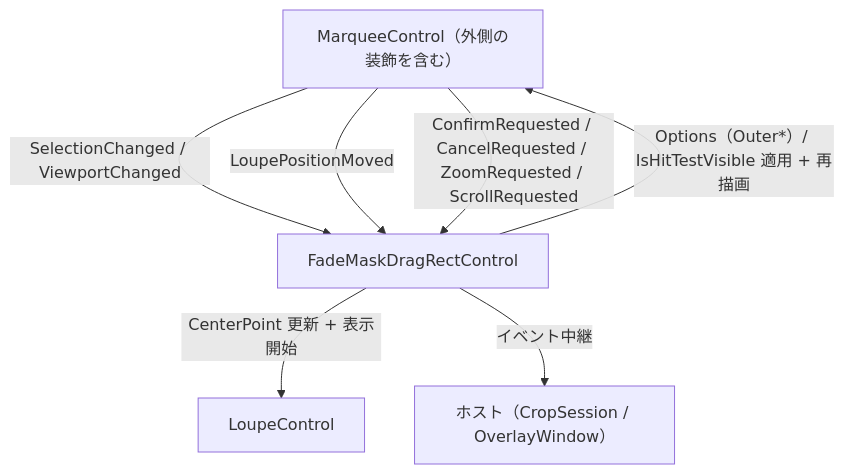
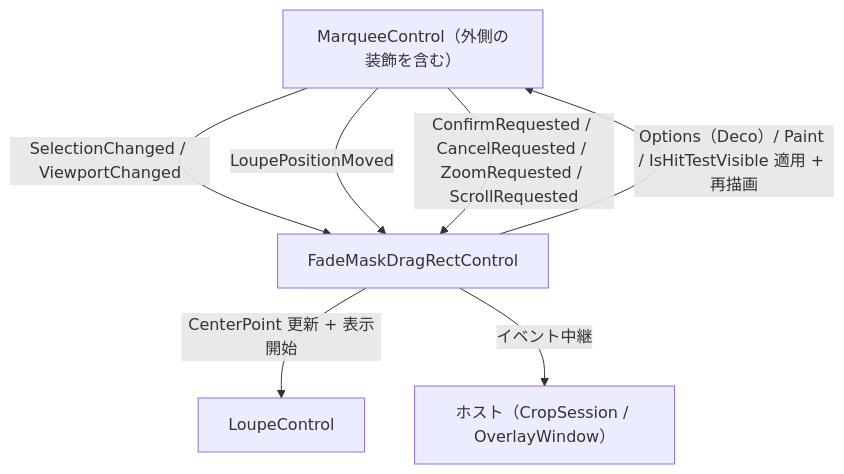
One commit to tomokuni/SaveEvidence changed the diagram in src/FadeMaskDragRectControl.AvaloniaUI/SPEC_ExtFunc.md. Above: the diagram before and after it, drawn with Mermaid. The commit also changed other lines of this file and 95 other files, not shown here.

````diff
--- a/src/FadeMaskDragRectControl.AvaloniaUI/SPEC_ExtFunc.md
+++ b/src/FadeMaskDragRectControl.AvaloniaUI/SPEC_ExtFunc.md
@@ -215,10 +224,10 @@
 ```mermaid
 graph TD
     DR["MarqueeControl（外側の装飾を含む）"] -->|"SelectionChanged / ViewportChanged"| SC["FadeMaskDragRectControl"]
 
     DR -->|"LoupePositionMoved"| SC
     DR -->|"ConfirmRequested / CancelRequested / ZoomRequested / ScrollRequested"| SC
-    SC -->|"Options（Outer*）/ IsHitTestVisible 適用 + 再描画"| DR
+    SC -->|"Options（Deco）/ Paint / IsHitTestVisible 適用 + 再描画"| DR
     SC -->|"CenterPoint 更新 + 表示開始"| LC["LoupeControl"]
     SC -->|"イベント中継"| HOST["ホスト（CropSession / OverlayWindow）"]
 ```
````
